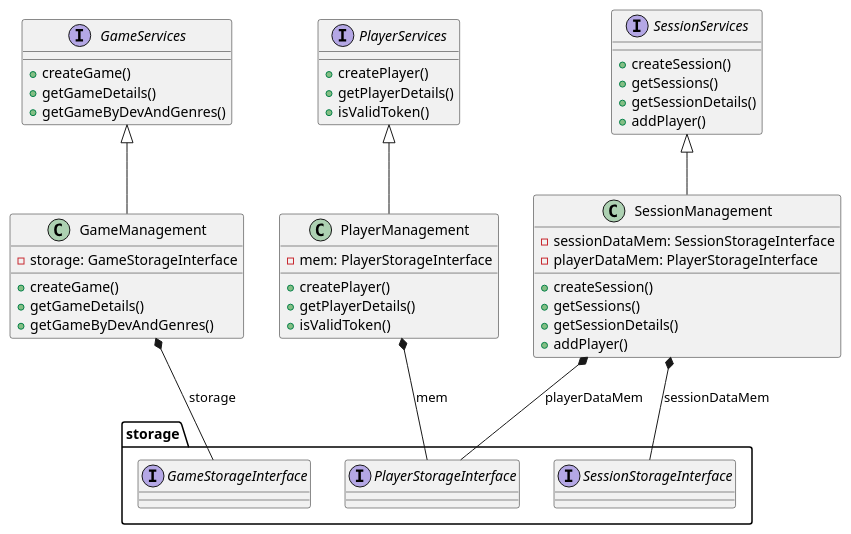
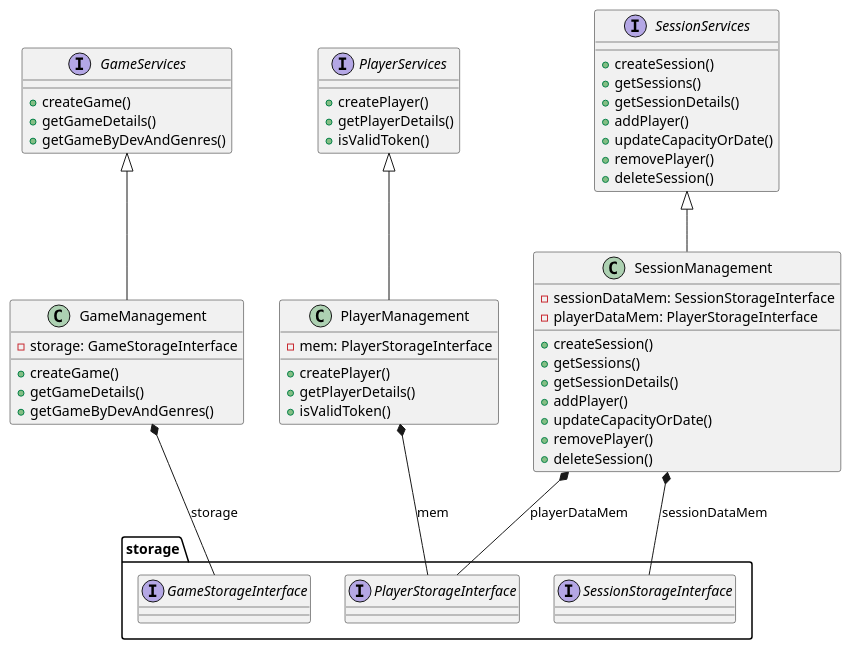
The diagram in phase2/src/main/kotlin/pt/isel/ls/services/ServicesDiagram.puml (Thuzys/Session_Control), drawn with PlantUML before and after one commit. The commit also changed 14 other files, not shown here.

```diff
--- a/phase2/src/main/kotlin/pt/isel/ls/services/ServicesDiagram.puml
+++ b/phase2/src/main/kotlin/pt/isel/ls/services/ServicesDiagram.puml
@@ -1,63 +1,69 @@
 @startuml
 'https://plantuml.com/sequence-diagram
 
 interface GameServices {
     +createGame()
     +getGameDetails()
     +getGameByDevAndGenres()
 }
 
 interface PlayerServices {
     +createPlayer()
     +getPlayerDetails()
     +isValidToken()
 }
 
 interface SessionServices {
-    +createSession()
-    +getSessions()
-    +getSessionDetails()
-    +addPlayer()
+    + createSession()
+    + getSessions()
+    + getSessionDetails()
+    + addPlayer()
+    + updateCapacityOrDate()
+    + removePlayer()
+    + deleteSession()
 }
 
 class GameManagement {
     +createGame()
     +getGameDetails()
     +getGameByDevAndGenres()
     -storage: GameStorageInterface
 }
 
 class PlayerManagement {
     +createPlayer()
     +getPlayerDetails()
     +isValidToken()
     -mem: PlayerStorageInterface
 }
 
 class SessionManagement {
-    +createSession()
-    +getSessions()
-    +getSessionDetails()
-    +addPlayer()
+    + createSession()
+    + getSessions()
+    + getSessionDetails()
+    + addPlayer()
+    + updateCapacityOrDate()
+    + removePlayer()
+    + deleteSession()
     -sessionDataMem: SessionStorageInterface
     -playerDataMem: PlayerStorageInterface
 }
 
 GameServices <|-- GameManagement
 PlayerServices <|-- PlayerManagement
 SessionServices <|-- SessionManagement
 
 package storage {
    interface GameStorageInterface
    interface PlayerStorageInterface
    interface SessionStorageInterface
 
 }
 
 GameManagement *-- storage.GameStorageInterface : storage
 PlayerManagement *-- storage.PlayerStorageInterface : mem
 SessionManagement *-- storage.SessionStorageInterface : sessionDataMem
 SessionManagement *-- storage.PlayerStorageInterface : playerDataMem
 
 
 @enduml
```
